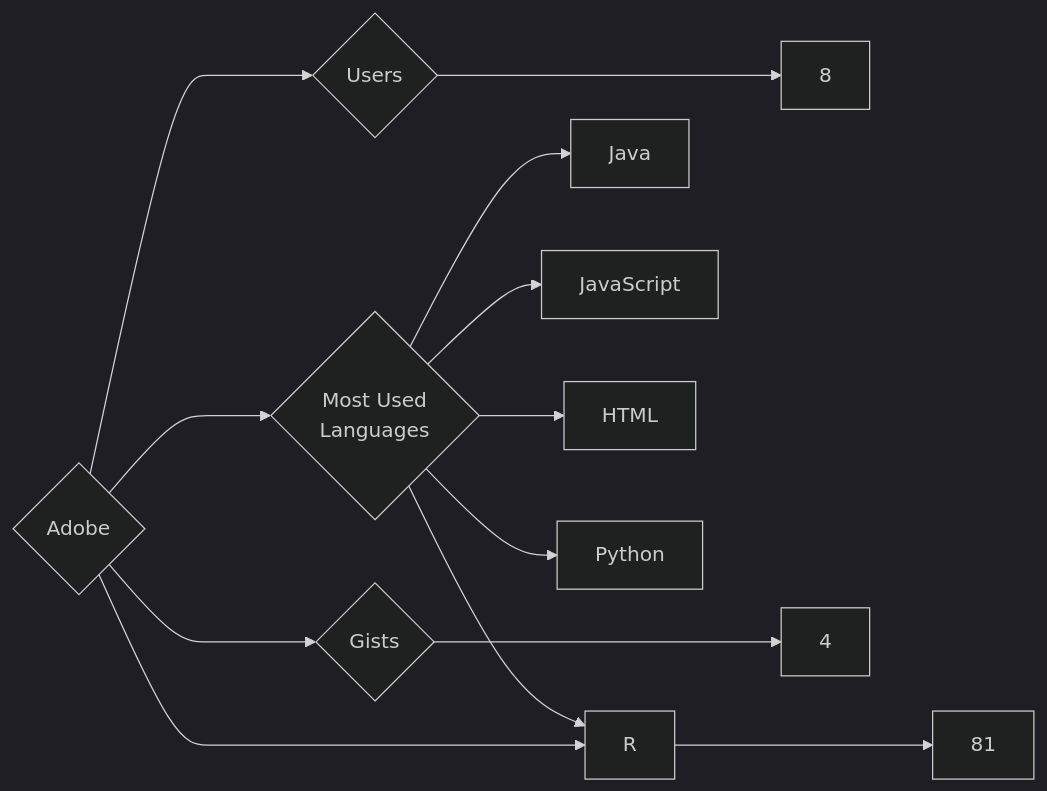
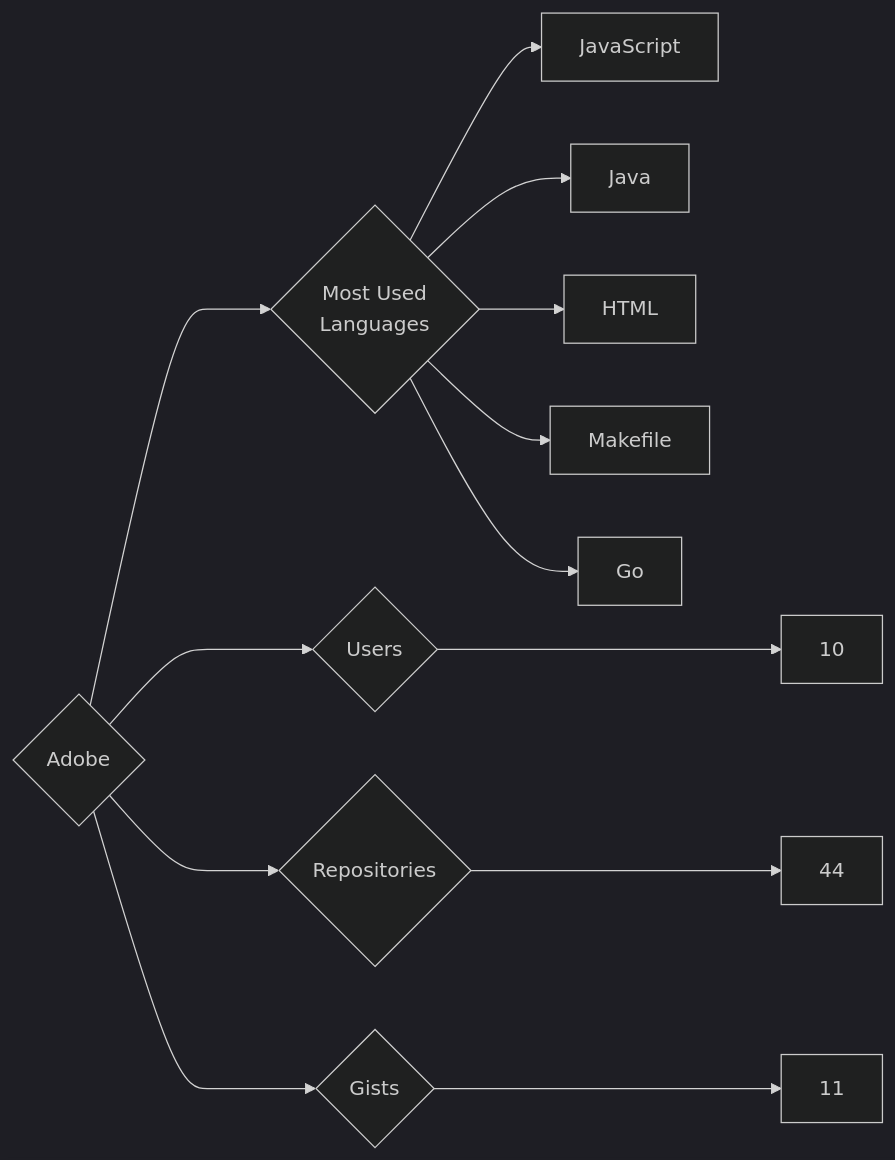
The diagram in targets/Adobe/README.md (trickest/insiders), drawn with Mermaid (dark theme) before and after one commit. The commit also changed 1166 other files, not shown here.

````diff
--- a/targets/Adobe/README.md
+++ b/targets/Adobe/README.md
@@ -3,13 +3,13 @@
 ```mermaid
 graph LR
 COMPANY_NAME{Adobe}
-COMPANY_NAME ---> U{Users} ---> UN[8]
-COMPANY_NAME ---> R{Repositories} ---> RN[81]
-COMPANY_NAME ---> G{Gists} ---> GN[4]
+COMPANY_NAME ---> U{Users} ---> UN[10]
+COMPANY_NAME ---> R{Repositories} ---> RN[44]
+COMPANY_NAME ---> G{Gists} ---> GN[11]
 COMPANY_NAME ---> ML{Most Used<br>Languages}
+ML --> JavaScript[JavaScript]
 ML --> Java[Java]
-ML --> R[R]
-ML --> JavaScript[JavaScript]
 ML --> HTML[HTML]
-ML --> Python[Python]
+ML --> Makefile[Makefile]
+ML --> Go[Go]
 ```
````
